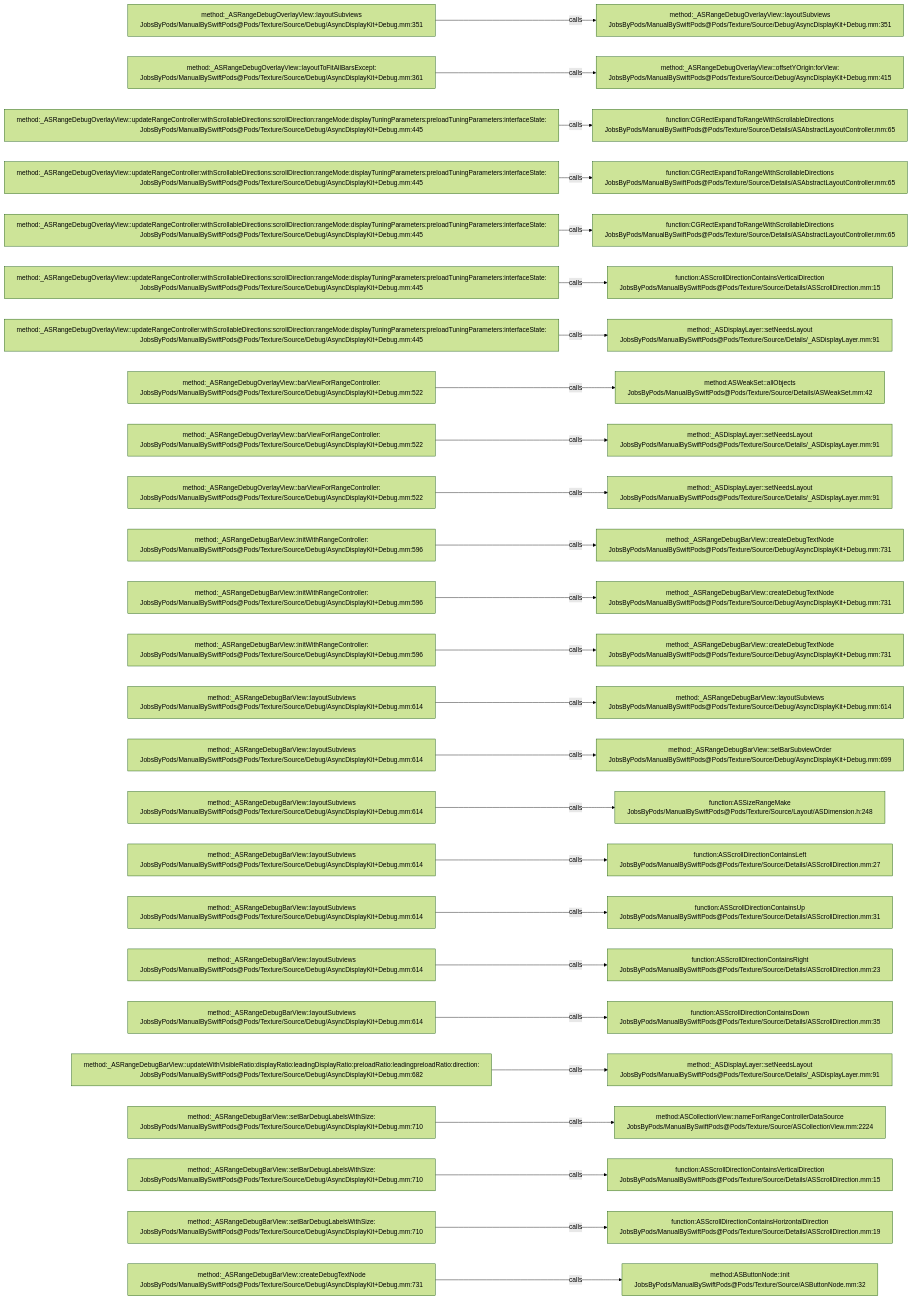
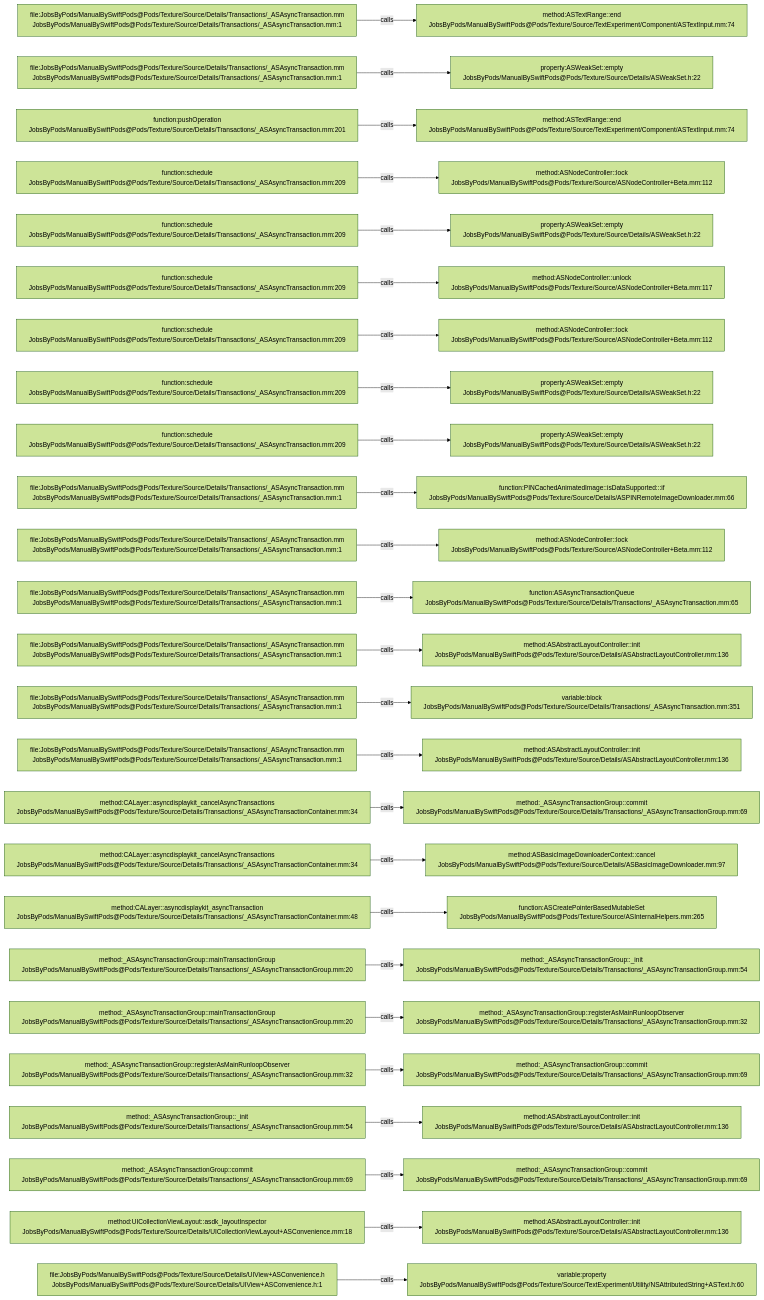
One commit to JobsKits/JobsSwiftBaseConfigDemo changed the diagram in .codegraph/codegraph.md/graphs/calls-099.md. Above: the diagram before and after it, drawn with Mermaid (forest theme). The commit also changed 832 other files, not shown here.

````diff
--- a/.codegraph/codegraph.md/graphs/calls-099.md
+++ b/.codegraph/codegraph.md/graphs/calls-099.md
@@ -13,78 +13,78 @@
 ```mermaid
 flowchart LR
-  S1["method:_ASRangeDebugOverlayView::layoutSubviews<br/>JobsByPods/ManualBySwiftPods@Pods/Texture/Source/Debug/AsyncDisplayKit+Debug.mm:351"]
-  T1["method:_ASRangeDebugOverlayView::layoutSubviews<br/>JobsByPods/ManualBySwiftPods@Pods/Texture/Source/Debug/AsyncDisplayKit+Debug.mm:351"]
+  S1["file:JobsByPods/ManualBySwiftPods@Pods/Texture/Source/Details/Transactions/_ASAsyncTransaction.mm<br/>JobsByPods/ManualBySwiftPods@Pods/Texture/Source/Details/Transactions/_ASAsyncTransaction.mm:1"]
+  T1["method:ASTextRange::end<br/>JobsByPods/ManualBySwiftPods@Pods/Texture/Source/TextExperiment/Component/ASTextInput.mm:74"]
   S1 -->|calls| T1
-  S2["method:_ASRangeDebugOverlayView::layoutToFitAllBarsExcept:<br/>JobsByPods/ManualBySwiftPods@Pods/Texture/Source/Debug/AsyncDisplayKit+Debug.mm:361"]
-  T2["method:_ASRangeDebugOverlayView::offsetYOrigin:forView:<br/>JobsByPods/ManualBySwiftPods@Pods/Texture/Source/Debug/AsyncDisplayKit+Debug.mm:415"]
+  S2["file:JobsByPods/ManualBySwiftPods@Pods/Texture/Source/Details/Transactions/_ASAsyncTransaction.mm<br/>JobsByPods/ManualBySwiftPods@Pods/Texture/Source/Details/Transactions/_ASAsyncTransaction.mm:1"]
+  T2["property:ASWeakSet::empty<br/>JobsByPods/ManualBySwiftPods@Pods/Texture/Source/Details/ASWeakSet.h:22"]
   S2 -->|calls| T2
-  S3["method:_ASRangeDebugOverlayView::updateRangeController:withScrollableDirections:scrollDirection:rangeMode:displayTuningParameters:preloadTuningParameters:interfaceState:<br/>JobsByPods/ManualBySwiftPods@Pods/Texture/Source/Debug/AsyncDisplayKit+Debug.mm:445"]
-  T3["function:CGRectExpandToRangeWithScrollableDirections<br/>JobsByPods/ManualBySwiftPods@Pods/Texture/Source/Details/ASAbstractLayoutController.mm:65"]
+  S3["function:pushOperation<br/>JobsByPods/ManualBySwiftPods@Pods/Texture/Source/Details/Transactions/_ASAsyncTransaction.mm:201"]
+  T3["method:ASTextRange::end<br/>JobsByPods/ManualBySwiftPods@Pods/Texture/Source/TextExperiment/Component/ASTextInput.mm:74"]
   S3 -->|calls| T3
-  S4["method:_ASRangeDebugOverlayView::updateRangeController:withScrollableDirections:scrollDirection:rangeMode:displayTuningParameters:preloadTuningParameters:interfaceState:<br/>JobsByPods/ManualBySwiftPods@Pods/Texture/Source/Debug/AsyncDisplayKit+Debug.mm:445"]
-  T4["function:CGRectExpandToRangeWithScrollableDirections<br/>JobsByPods/ManualBySwiftPods@Pods/Texture/Source/Details/ASAbstractLayoutController.mm:65"]
+  S4["function:schedule<br/>JobsByPods/ManualBySwiftPods@Pods/Texture/Source/Details/Transactions/_ASAsyncTransaction.mm:209"]
+  T4["method:ASNodeController::lock<br/>JobsByPods/ManualBySwiftPods@Pods/Texture/Source/ASNodeController+Beta.mm:112"]
   S4 -->|calls| T4
-  S5["method:_ASRangeDebugOverlayView::updateRangeController:withScrollableDirections:scrollDirection:rangeMode:displayTuningParameters:preloadTuningParameters:interfaceState:<br/>JobsByPods/ManualBySwiftPods@Pods/Texture/Source/Debug/AsyncDisplayKit+Debug.mm:445"]
-  T5["function:CGRectExpandToRangeWithScrollableDirections<br/>JobsByPods/ManualBySwiftPods@Pods/Texture/Source/Details/ASAbstractLayoutController.mm:65"]
+  S5["function:schedule<br/>JobsByPods/ManualBySwiftPods@Pods/Texture/Source/Details/Transactions/_ASAsyncTransaction.mm:209"]
+  T5["property:ASWeakSet::empty<br/>JobsByPods/ManualBySwiftPods@Pods/Texture/Source/Details/ASWeakSet.h:22"]
   S5 -->|calls| T5
-  S6["method:_ASRangeDebugOverlayView::updateRangeController:withScrollableDirections:scrollDirection:rangeMode:displayTuningParameters:preloadTuningParameters:interfaceState:<br/>JobsByPods/ManualBySwiftPods@Pods/Texture/Source/Debug/AsyncDisplayKit+Debug.mm:445"]
-  T6["function:ASScrollDirectionContainsVerticalDirection<br/>JobsByPods/ManualBySwiftPods@Pods/Texture/Source/Details/ASScrollDirection.mm:15"]
+  S6["function:schedule<br/>JobsByPods/ManualBySwiftPods@Pods/Texture/Source/Details/Transactions/_ASAsyncTransaction.mm:209"]
+  T6["method:ASNodeController::unlock<br/>JobsByPods/ManualBySwiftPods@Pods/Texture/Source/ASNodeController+Beta.mm:117"]
   S6 -->|calls| T6
-  S7["method:_ASRangeDebugOverlayView::updateRangeController:withScrollableDirections:scrollDirection:rangeMode:displayTuningParameters:preloadTuningParameters:interfaceState:<br/>JobsByPods/ManualBySwiftPods@Pods/Texture/Source/Debug/AsyncDisplayKit+Debug.mm:445"]
-  T7["method:_ASDisplayLayer::setNeedsLayout<br/>JobsByPods/ManualBySwiftPods@Pods/Texture/Source/Details/_ASDisplayLayer.mm:91"]
+  S7["function:schedule<br/>JobsByPods/ManualBySwiftPods@Pods/Texture/Source/Details/Transactions/_ASAsyncTransaction.mm:209"]
+  T7["method:ASNodeController::lock<br/>JobsByPods/ManualBySwiftPods@Pods/Texture/Source/ASNodeController+Beta.mm:112"]
   S7 -->|calls| T7
-  S8["method:_ASRangeDebugOverlayView::barViewForRangeController:<br/>JobsByPods/ManualBySwiftPods@Pods/Texture/Source/Debug/AsyncDisplayKit+Debug.mm:522"]
-  T8["method:ASWeakSet::allObjects<br/>JobsByPods/ManualBySwiftPods@Pods/Texture/Source/Details/ASWeakSet.mm:42"]
+  S8["function:schedule<br/>JobsByPods/ManualBySwiftPods@Pods/Texture/Source/Details/Transactions/_ASAsyncTransaction.mm:209"]
+  T8["property:ASWeakSet::empty<br/>JobsByPods/ManualBySwiftPods@Pods/Texture/Source/Details/ASWeakSet.h:22"]
   S8 -->|calls| T8
-  S9["method:_ASRangeDebugOverlayView::barViewForRangeController:<br/>JobsByPods/ManualBySwiftPods@Pods/Texture/Source/Debug/AsyncDisplayKit+Debug.mm:522"]
-  T9["method:_ASDisplayLayer::setNeedsLayout<br/>JobsByPods/ManualBySwiftPods@Pods/Texture/Source/Details/_ASDisplayLayer.mm:91"]
+  S9["function:schedule<br/>JobsByPods/ManualBySwiftPods@Pods/Texture/Source/Details/Transactions/_ASAsyncTransaction.mm:209"]
+  T9["property:ASWeakSet::empty<br/>JobsByPods/ManualBySwiftPods@Pods/Texture/Source/Details/ASWeakSet.h:22"]
   S9 -->|calls| T9
-  S10["method:_ASRangeDebugOverlayView::barViewForRangeController:<br/>JobsByPods/ManualBySwiftPods@Pods/Texture/Source/Debug/AsyncDisplayKit+Debug.mm:522"]
-  T10["method:_ASDisplayLayer::setNeedsLayout<br/>JobsByPods/ManualBySwiftPods@Pods/Texture/Source/Details/_ASDisplayLayer.mm:91"]
+  S10["file:JobsByPods/ManualBySwiftPods@Pods/Texture/Source/Details/Transactions/_ASAsyncTransaction.mm<br/>JobsByPods/ManualBySwiftPods@Pods/Texture/Source/Details/Transactions/_ASAsyncTransaction.mm:1"]
+  T10["function:PINCachedAnimatedImage::isDataSupported:::if<br/>JobsByPods/ManualBySwiftPods@Pods/Texture/Source/Details/ASPINRemoteImageDownloader.mm:66"]
   S10 -->|calls| T10
-  S11["method:_ASRangeDebugBarView::initWithRangeController:<br/>JobsByPods/ManualBySwiftPods@Pods/Texture/Source/Debug/AsyncDisplayKit+Debug.mm:596"]
-  T11["method:_ASRangeDebugBarView::createDebugTextNode<br/>JobsByPods/ManualBySwiftPods@Pods/Texture/Source/Debug/AsyncDisplayKit+Debug.mm:731"]
+  S11["file:JobsByPods/ManualBySwiftPods@Pods/Texture/Source/Details/Transactions/_ASAsyncTransaction.mm<br/>JobsByPods/ManualBySwiftPods@Pods/Texture/Source/Details/Transactions/_ASAsyncTransaction.mm:1"]
+  T11["method:ASNodeController::lock<br/>JobsByPods/ManualBySwiftPods@Pods/Texture/Source/ASNodeController+Beta.mm:112"]
   S11 -->|calls| T11
-  S12["method:_ASRangeDebugBarView::initWithRangeController:<br/>JobsByPods/ManualBySwiftPods@Pods/Texture/Source/Debug/AsyncDisplayKit+Debug.mm:596"]
-  T12["method:_ASRangeDebugBarView::createDebugTextNode<br/>JobsByPods/ManualBySwiftPods@Pods/Texture/Source/Debug/AsyncDisplayKit+Debug.mm:731"]
+  S12["file:JobsByPods/ManualBySwiftPods@Pods/Texture/Source/Details/Transactions/_ASAsyncTransaction.mm<br/>JobsByPods/ManualBySwiftPods@Pods/Texture/Source/Details/Transactions/_ASAsyncTransaction.mm:1"]
+  T12["function:ASAsyncTransactionQueue<br/>JobsByPods/ManualBySwiftPods@Pods/Texture/Source/Details/Transactions/_ASAsyncTransaction.mm:65"]
   S12 -->|calls| T12
-  S13["method:_ASRangeDebugBarView::initWithRangeController:<br/>JobsByPods/ManualBySwiftPods@Pods/Texture/Source/Debug/AsyncDisplayKit+Debug.mm:596"]
-  T13["method:_ASRangeDebugBarView::createDebugTextNode<br/>JobsByPods/ManualBySwiftPods@Pods/Texture/Source/Debug/AsyncDisplayKit+Debug.mm:731"]
+  S13["file:JobsByPods/ManualBySwiftPods@Pods/Texture/Source/Details/Transactions/_ASAsyncTransaction.mm<br/>JobsByPods/ManualBySwiftPods@Pods/Texture/Source/Details/Transactions/_ASAsyncTransaction.mm:1"]
+  T13["method:ASAbstractLayoutController::init<br/>JobsByPods/ManualBySwiftPods@Pods/Texture/Source/Details/ASAbstractLayoutController.mm:136"]
   S13 -->|calls| T13
-  S14["method:_ASRangeDebugBarView::layoutSubviews<br/>JobsByPods/ManualBySwiftPods@Pods/Texture/Source/Debug/AsyncDisplayKit+Debug.mm:614"]
-  T14["method:_ASRangeDebugBarView::layoutSubviews<br/>JobsByPods/ManualBySwiftPods@Pods/Texture/Source/Debug/AsyncDisplayKit+Debug.mm:614"]
+  S14["file:JobsByPods/ManualBySwiftPods@Pods/Texture/Source/Details/Transactions/_ASAsyncTransaction.mm<br/>JobsByPods/ManualBySwiftPods@Pods/Texture/Source/Details/Transactions/_ASAsyncTransaction.mm:1"]
+  T14["variable:block<br/>JobsByPods/ManualBySwiftPods@Pods/Texture/Source/Details/Transactions/_ASAsyncTransaction.mm:351"]
   S14 -->|calls| T14
-  S15["method:_ASRangeDebugBarView::layoutSubviews<br/>JobsByPods/ManualBySwiftPods@Pods/Texture/Source/Debug/AsyncDisplayKit+Debug.mm:614"]
-  T15["method:_ASRangeDebugBarView::setBarSubviewOrder<br/>JobsByPods/ManualBySwiftPods@Pods/Texture/Source/Debug/AsyncDisplayKit+Debug.mm:699"]
+  S15["file:JobsByPods/ManualBySwiftPods@Pods/Texture/Source/Details/Transactions/_ASAsyncTransaction.mm<br/>JobsByPods/ManualBySwiftPods@Pods/Texture/Source/Details/Transactions/_ASAsyncTransaction.mm:1"]
+  T15["method:ASAbstractLayoutController::init<br/>JobsByPods/ManualBySwiftPods@Pods/Texture/Source/Details/ASAbstractLayoutController.mm:136"]
   S15 -->|calls| T15
-  S16["method:_ASRangeDebugBarView::layoutSubviews<br/>JobsByPods/ManualBySwiftPods@Pods/Texture/Source/Debug/AsyncDisplayKit+Debug.mm:614"]
-  T16["function:ASSizeRangeMake<br/>JobsByPods/ManualBySwiftPods@Pods/Texture/Source/Layout/ASDimension.h:248"]
+  S16["method:CALayer::asyncdisplaykit_cancelAsyncTransactions<br/>JobsByPods/ManualBySwiftPods@Pods/Texture/Source/Details/Transactions/_ASAsyncTransactionContainer.mm:34"]
+  T16["method:_ASAsyncTransactionGroup::commit<br/>JobsByPods/ManualBySwiftPods@Pods/Texture/Source/Details/Transactions/_ASAsyncTransactionGroup.mm:69"]
   S16 -->|calls| T16
-  S17["method:_ASRangeDebugBarView::layoutSubviews<br/>JobsByPods/ManualBySwiftPods@Pods/Texture/Source/Debug/AsyncDisplayKit+Debug.mm:614"]
-  T17["function:ASScrollDirectionContainsLeft<br/>JobsByPods/ManualBySwiftPods@Pods/Texture/Source/Details/ASScrollDirection.mm:27"]
+  S17["method:CALayer::asyncdisplaykit_cancelAsyncTransactions<br/>JobsByPods/ManualBySwiftPods@Pods/Texture/Source/Details/Transactions/_ASAsyncTransactionContainer.mm:34"]
+  T17["method:ASBasicImageDownloaderContext::cancel<br/>JobsByPods/ManualBySwiftPods@Pods/Texture/Source/Details/ASBasicImageDownloader.mm:97"]
   S17 -->|calls| T17
-  S18["method:_ASRangeDebugBarView::layoutSubviews<br/>JobsByPods/ManualBySwiftPods@Pods/Texture/Source/Debug/AsyncDisplayKit+Debug.mm:614"]
-  T18["function:ASScrollDirectionContainsUp<br/>JobsByPods/ManualBySwiftPods@Pods/Texture/Source/Details/ASScrollDirection.mm:31"]
+  S18["method:CALayer::asyncdisplaykit_asyncTransaction<br/>JobsByPods/ManualBySwiftPods@Pods/Texture/Source/Details/Transactions/_ASAsyncTransactionContainer.mm:48"]
+  T18["function:ASCreatePointerBasedMutableSet<br/>JobsByPods/ManualBySwiftPods@Pods/Texture/Source/ASInternalHelpers.mm:265"]
   S18 -->|calls| T18
-  S19["method:_ASRangeDebugBarView::layoutSubviews<br/>JobsByPods/ManualBySwiftPods@Pods/Texture/Source/Debug/AsyncDisplayKit+Debug.mm:614"]
-  T19["function:ASScrollDirectionContainsRight<br/>JobsByPods/ManualBySwiftPods@Pods/Texture/Source/Details/ASScrollDirection.mm:23"]
+  S19["method:_ASAsyncTransactionGroup::mainTransactionGroup<br/>JobsByPods/ManualBySwiftPods@Pods/Texture/Source/Details/Transactions/_ASAsyncTransactionGroup.mm:20"]
+  T19["method:_ASAsyncTransactionGroup::_init<br/>JobsByPods/ManualBySwiftPods@Pods/Texture/Source/Details/Transactions/_ASAsyncTransactionGroup.mm:54"]
   S19 -->|calls| T19
-  S20["method:_ASRangeDebugBarView::layoutSubviews<br/>JobsByPods/ManualBySwiftPods@Pods/Texture/Source/Debug/AsyncDisplayKit+Debug.mm:614"]
-  T20["function:ASScrollDirectionContainsDown<br/>JobsByPods/ManualBySwiftPods@Pods/Texture/Source/Details/ASScrollDirection.mm:35"]
+  S20["method:_ASAsyncTransactionGroup::mainTransactionGroup<br/>JobsByPods/ManualBySwiftPods@Pods/Texture/Source/Details/Transactions/_ASAsyncTransactionGroup.mm:20"]
+  T20["method:_ASAsyncTransactionGroup::registerAsMainRunloopObserver<br/>JobsByPods/ManualBySwiftPods@Pods/Texture/Source/Details/Transactions/_ASAsyncTransactionGroup.mm:32"]
   S20 -->|calls| T20
-  S21["method:_ASRangeDebugBarView::updateWithVisibleRatio:displayRatio:leadingDisplayRatio:preloadRatio:leadingpreloadRatio:direction:<br/>JobsByPods/ManualBySwiftPods@Pods/Texture/Source/Debug/AsyncDisplayKit+Debug.mm:682"]
-  T21["method:_ASDisplayLayer::setNeedsLayout<br/>JobsByPods/ManualBySwiftPods@Pods/Texture/Source/Details/_ASDisplayLayer.mm:91"]
+  S21["method:_ASAsyncTransactionGroup::registerAsMainRunloopObserver<br/>JobsByPods/ManualBySwiftPods@Pods/Texture/Source/Details/Transactions/_ASAsyncTransactionGroup.mm:32"]
+  T21["method:_ASAsyncTransactionGroup::commit<br/>JobsByPods/ManualBySwiftPods@Pods/Texture/Source/Details/Transactions/_ASAsyncTransactionGroup.mm:69"]
   S21 -->|calls| T21
-  S22["method:_ASRangeDebugBarView::setBarDebugLabelsWithSize:<br/>JobsByPods/ManualBySwiftPods@Pods/Texture/Source/Debug/AsyncDisplayKit+Debug.mm:710"]
-  T22["method:ASCollectionView::nameForRangeControllerDataSource<br/>JobsByPods/ManualBySwiftPods@Pods/Texture/Source/ASCollectionView.mm:2224"]
+  S22["method:_ASAsyncTransactionGroup::_init<br/>JobsByPods/ManualBySwiftPods@Pods/Texture/Source/Details/Transactions/_ASAsyncTransactionGroup.mm:54"]
+  T22["method:ASAbstractLayoutController::init<br/>JobsByPods/ManualBySwiftPods@Pods/Texture/Source/Details/ASAbstractLayoutController.mm:136"]
   S22 -->|calls| T22
-  S23["method:_ASRangeDebugBarView::setBarDebugLabelsWithSize:<br/>JobsByPods/ManualBySwiftPods@Pods/Texture/Source/Debug/AsyncDisplayKit+Debug.mm:710"]
-  T23["function:ASScrollDirectionContainsVerticalDirection<br/>JobsByPods/ManualBySwiftPods@Pods/Texture/Source/Details/ASScrollDirection.mm:15"]
+  S23["method:_ASAsyncTransactionGroup::commit<br/>JobsByPods/ManualBySwiftPods@Pods/Texture/Source/Details/Transactions/_ASAsyncTransactionGroup.mm:69"]
+  T23["method:_ASAsyncTransactionGroup::commit<br/>JobsByPods/ManualBySwiftPods@Pods/Texture/Source/Details/Transactions/_ASAsyncTransactionGroup.mm:69"]
   S23 -->|calls| T23
-  S24["method:_ASRangeDebugBarView::setBarDebugLabelsWithSize:<br/>JobsByPods/ManualBySwiftPods@Pods/Texture/Source/Debug/AsyncDisplayKit+Debug.mm:710"]
-  T24["function:ASScrollDirectionContainsHorizontalDirection<br/>JobsByPods/ManualBySwiftPods@Pods/Texture/Source/Details/ASScrollDirection.mm:19"]
+  S24["method:UICollectionViewLayout::asdk_layoutInspector<br/>JobsByPods/ManualBySwiftPods@Pods/Texture/Source/Details/UICollectionViewLayout+ASConvenience.mm:18"]
+  T24["method:ASAbstractLayoutController::init<br/>JobsByPods/ManualBySwiftPods@Pods/Texture/Source/Details/ASAbstractLayoutController.mm:136"]
   S24 -->|calls| T24
-  S25["method:_ASRangeDebugBarView::createDebugTextNode<br/>JobsByPods/ManualBySwiftPods@Pods/Texture/Source/Debug/AsyncDisplayKit+Debug.mm:731"]
-  T25["method:ASButtonNode::init<br/>JobsByPods/ManualBySwiftPods@Pods/Texture/Source/ASButtonNode.mm:32"]
+  S25["file:JobsByPods/ManualBySwiftPods@Pods/Texture/Source/Details/UIView+ASConvenience.h<br/>JobsByPods/ManualBySwiftPods@Pods/Texture/Source/Details/UIView+ASConvenience.h:1"]
+  T25["variable:property<br/>JobsByPods/ManualBySwiftPods@Pods/Texture/Source/TextExperiment/Utility/NSAttributedString+ASText.h:60"]
   S25 -->|calls| T25
 ```
````
